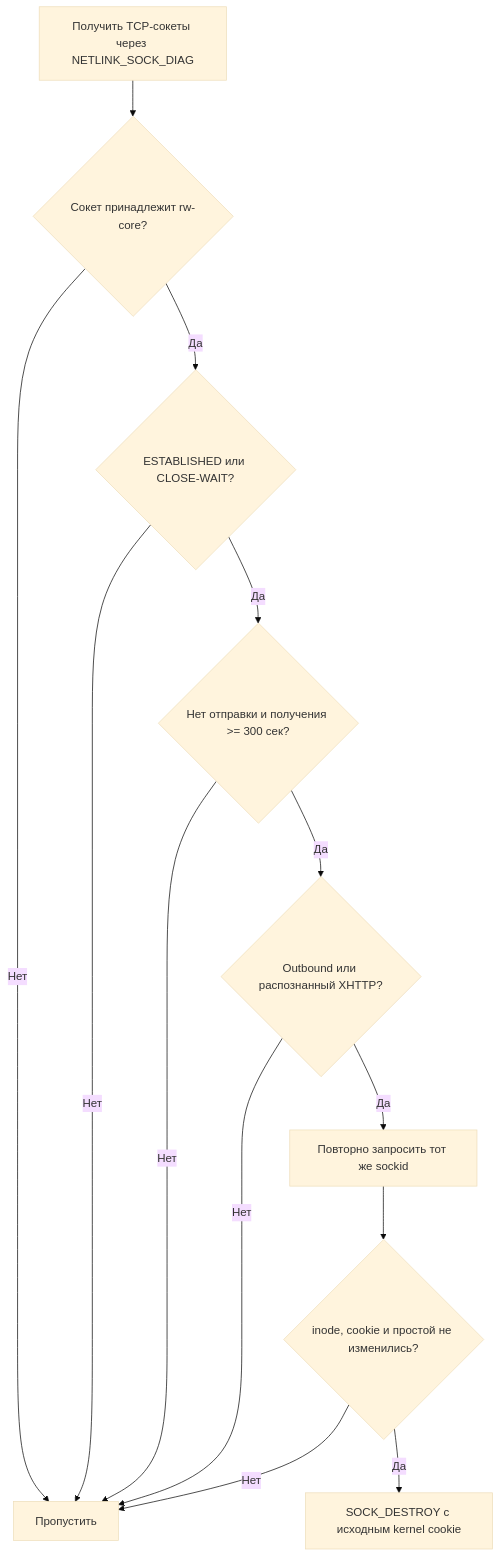
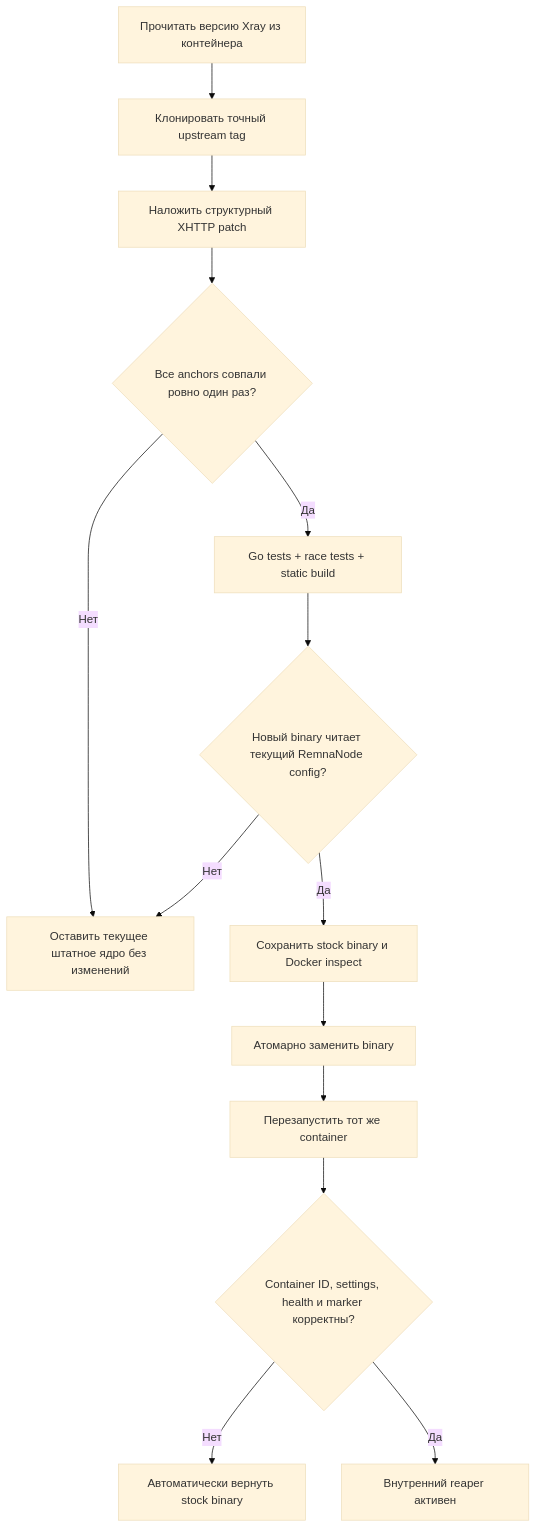
One commit to wasteprince/remnanode-xhttp-cleaner changed the diagram in README.md. Above: the diagram before and after it, drawn with Mermaid (base theme). The commit also changed other lines of this file and 10 other files, not shown here.

Commit message:
Add version-adaptive Xray XHTTP core fork

````diff
--- a/README.md
+++ b/README.md
@@ -131,15 +68,16 @@
 ```mermaid
 flowchart TD
-    A[Получить TCP-сокеты через NETLINK_SOCK_DIAG] --> B{Сокет принадлежит rw-core?}
-    B -- Нет --> X[Пропустить]
-    B -- Да --> C{ESTABLISHED или CLOSE-WAIT?}
-    C -- Нет --> X
-    C -- Да --> D{Нет отправки и получения >= 300 сек?}
-    D -- Нет --> X
-    D -- Да --> E{Outbound или распознанный XHTTP?}
-    E -- Нет --> X
-    E -- Да --> F[Повторно запросить тот же sockid]
-    F --> G{inode, cookie и простой не изменились?}
-    G -- Нет --> X
-    G -- Да --> H[SOCK_DESTROY с исходным kernel cookie]
+    A[Прочитать версию Xray из контейнера] --> B[Клонировать точный upstream tag]
+    B --> C[Наложить структурный XHTTP patch]
+    C --> D{Все anchors совпали ровно один раз?}
+    D -- Нет --> SAFE[Оставить текущее штатное ядро без изменений]
+    D -- Да --> E[Go tests + race tests + static build]
+    E --> F{Новый binary читает текущий RemnaNode config?}
+    F -- Нет --> SAFE
+    F -- Да --> G[Сохранить stock binary и Docker inspect]
+    G --> H[Атомарно заменить binary]
+    H --> I[Перезапустить тот же container]
+    I --> J{Container ID, settings, health и marker корректны?}
+    J -- Нет --> ROLLBACK[Автоматически вернуть stock binary]
+    J -- Да --> READY[Внутренний reaper активен]
 ```
````
